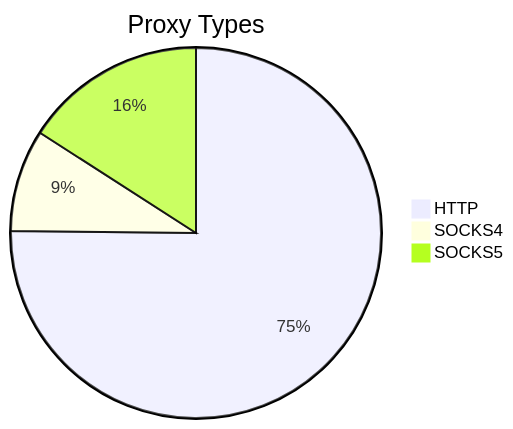
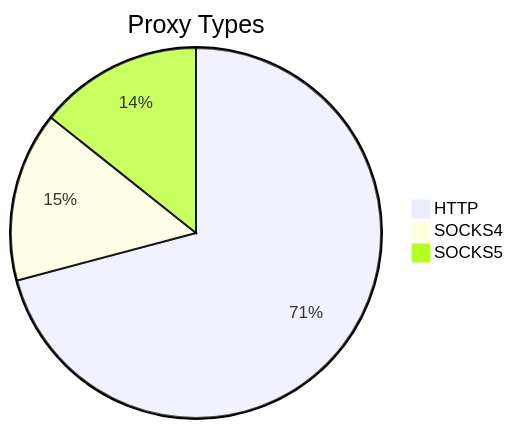
The first of 2 diagrams in README.md (stormsia/proxy-list), drawn with Mermaid before and after one commit. The commit also changed other lines of this file, not shown here.

````diff
--- a/README.md
+++ b/README.md
@@ -21,6 +21,6 @@
 ```mermaid
 pie title Proxy Types
-    "HTTP" : 463
-    "SOCKS4" : 55
-    "SOCKS5" : 98
+    "HTTP" : 669
+    "SOCKS4" : 140
+    "SOCKS5" : 135
 ```
````
